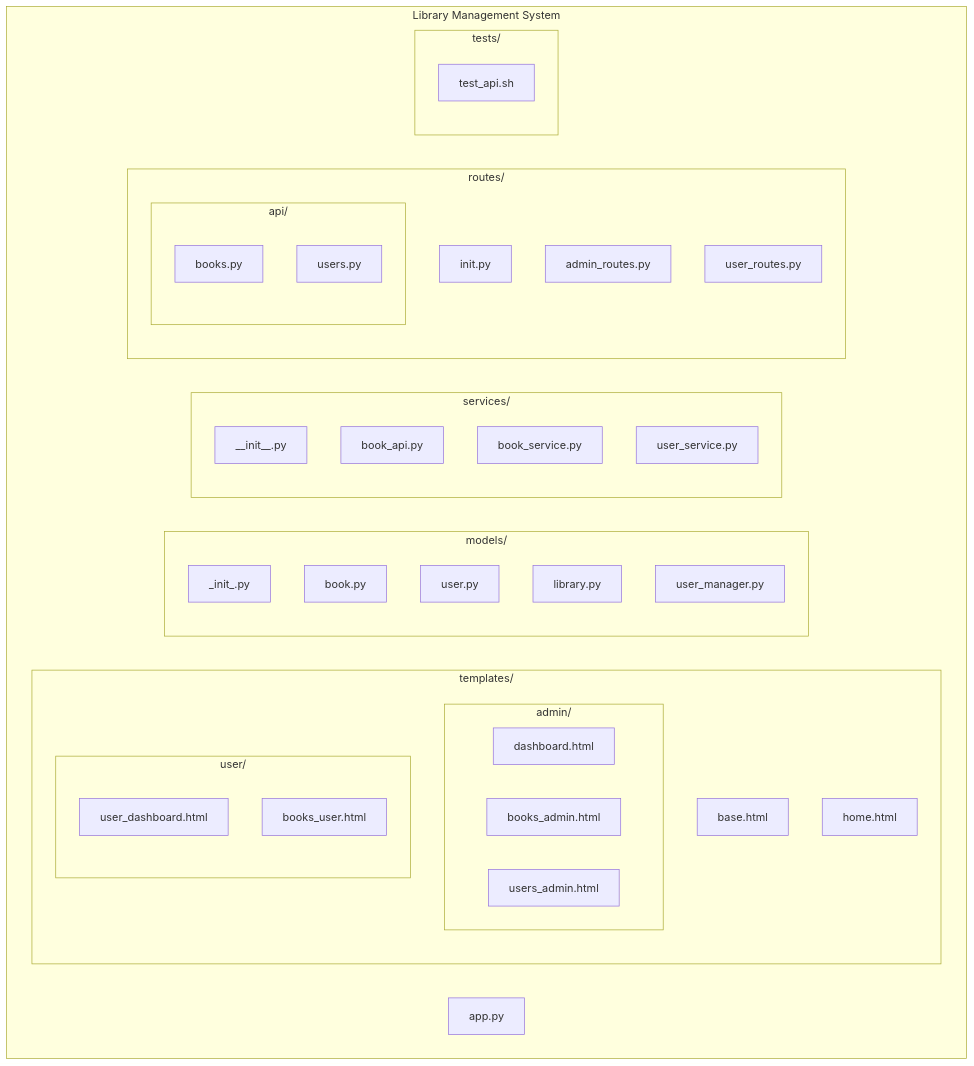
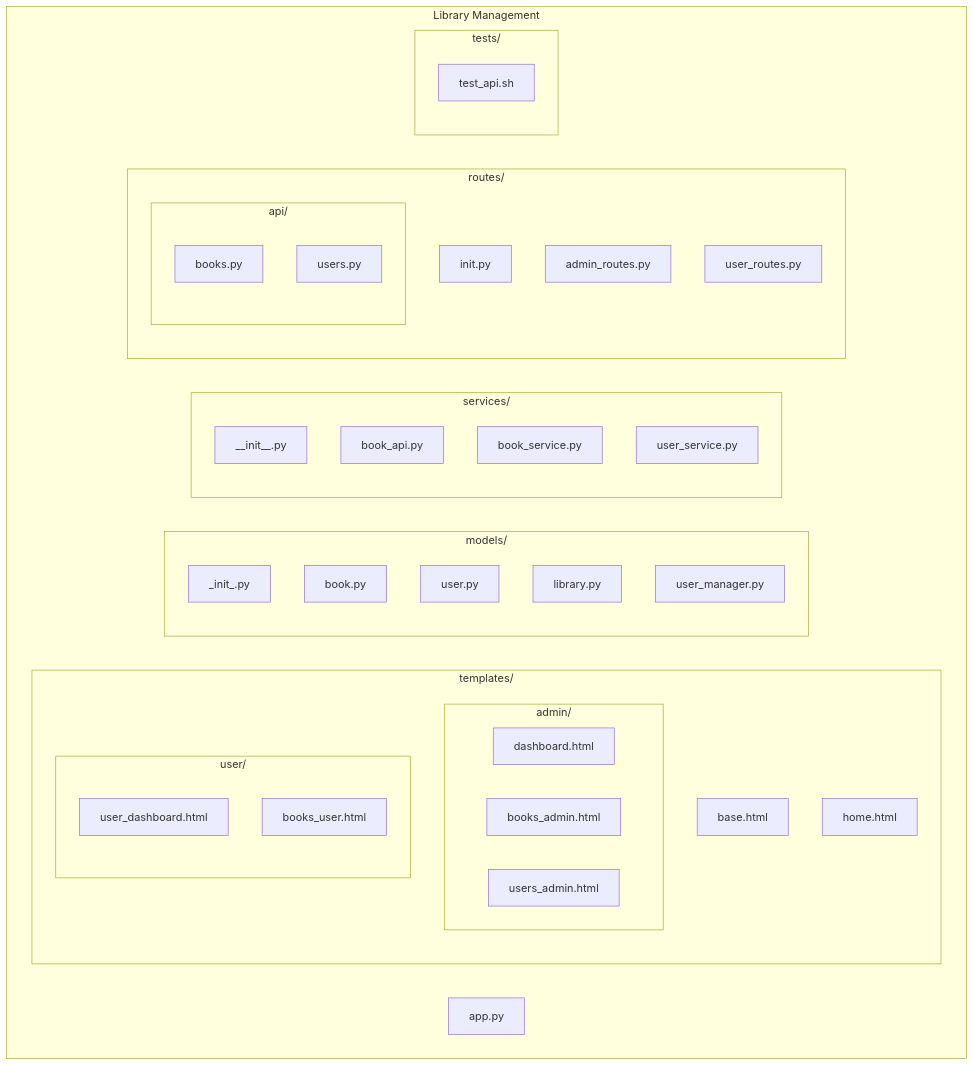
Before and after one commit to JashJani02/Library-Management-System: the diagram in README.md, drawn with Mermaid.

````diff
--- a/README.md
+++ b/README.md
@@ -9,66 +9,66 @@
 ```mermaid
 
 graph TD
-    subgraph Library Management System
+    subgraph Library Management
 
         app.py
 
         subgraph templates/
         base.html
         home.html
 
         subgraph admin/
         dashboard.html
         books_admin.html
         users_admin.html
         end
 
         subgraph user/
         user_dashboard.html
         books_user.html
         end
 
 
         end
 
 
 
         subgraph models/
             _init_.py
             book.py
             user.py
             library.py
             user_manager.py   
         end
         subgraph services/
             __init__.py
             book_api.py
             book_service.py
             user_service.py
 
 
         end
 
         subgraph routes/
             init.py
             admin_routes.py
             user_routes.py
 
         subgraph api/
             __init__.py
             books.py
             users.py
         end
         end
 
 
         subgraph tests/
             test_api.sh
         end
 
     
 
     end
 
 
 ```
````
